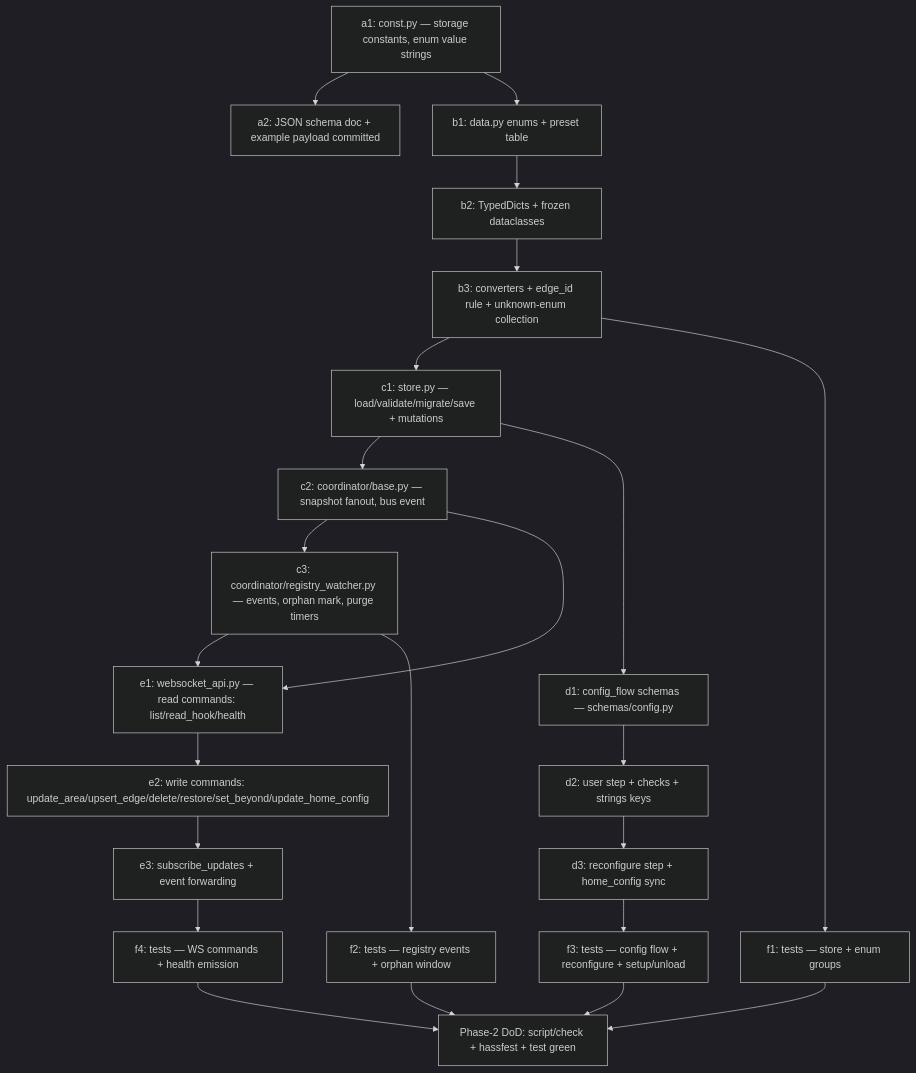
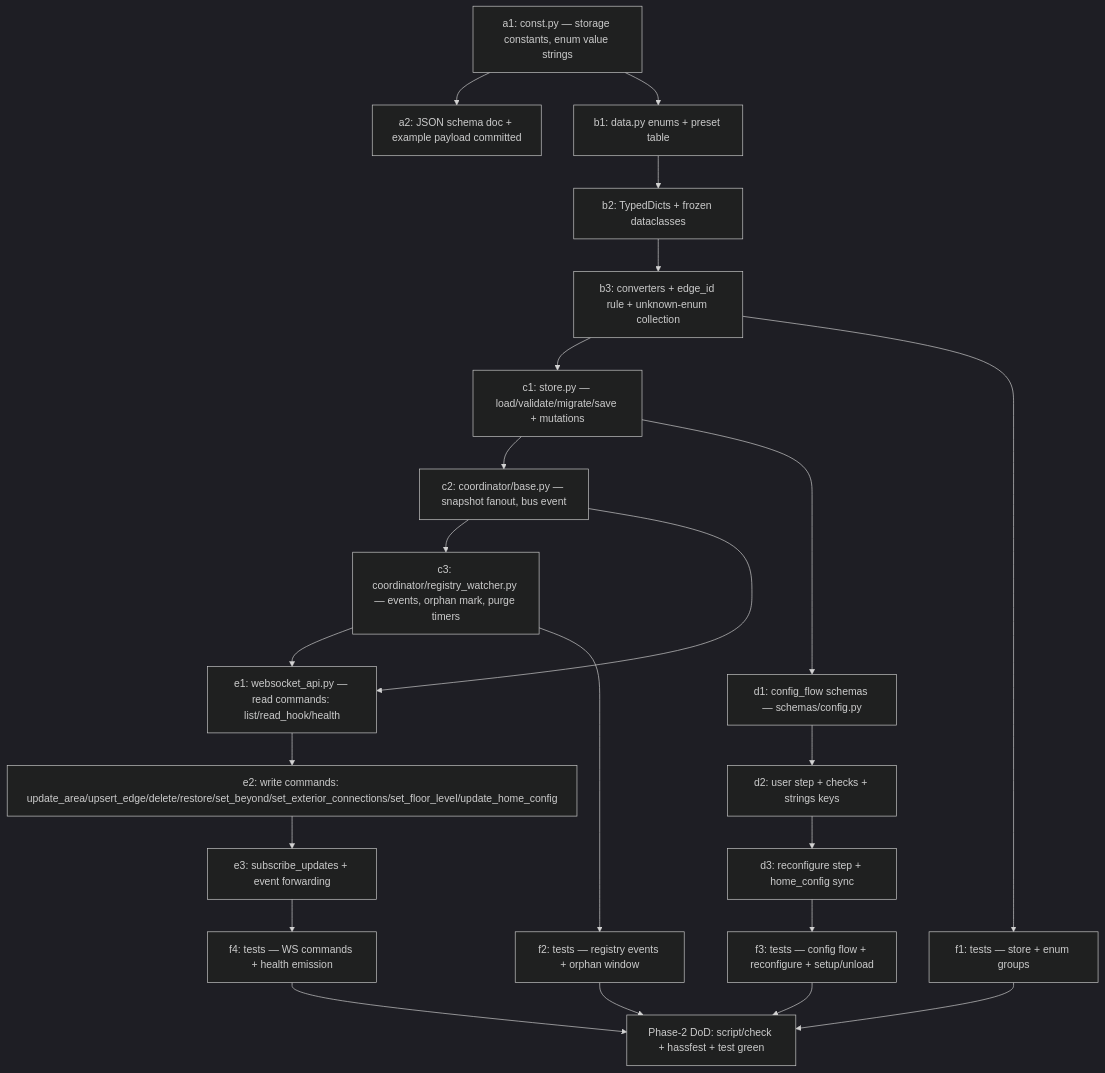
The diagram in docs/development/PLAN-topology-phase2.md (jpawlowski/hass.topology), drawn with Mermaid (dark theme) before and after one commit. The commit also changed other lines of this file and 1 other file, not shown here.

````diff
--- a/docs/development/PLAN-topology-phase2.md
+++ b/docs/development/PLAN-topology-phase2.md
@@ -1353,25 +1467,25 @@
 ```mermaid
 graph TD
     A1[a1: const.py — storage constants, enum value strings] --> A2[a2: JSON schema doc + example payload committed]
     A1 --> B1[b1: data.py enums + preset table]
     B1 --> B2[b2: TypedDicts + frozen dataclasses]
     B2 --> B3[b3: converters + edge_id rule + unknown-enum collection]
     B3 --> C1[c1: store.py — load/validate/migrate/save + mutations]
     C1 --> C2[c2: coordinator/base.py — snapshot fanout, bus event]
     C2 --> C3[c3: coordinator/registry_watcher.py — events, orphan mark, purge timers]
     C1 --> D1[d1: config_flow schemas — schemas/config.py]
     D1 --> D2[d2: user step + checks + strings keys]
     D2 --> D3[d3: reconfigure step + home_config sync]
     C2 --> E1[e1: websocket_api.py — read commands: list/read_hook/health]
     C3 --> E1
-    E1 --> E2[e2: write commands: update_area/upsert_edge/delete/restore/set_beyond/update_home_config]
+    E1 --> E2[e2: write commands: update_area/upsert_edge/delete/restore/set_beyond/set_exterior_connections/set_floor_level/update_home_config]
     E2 --> E3[e3: subscribe_updates + event forwarding]
     B3 --> F1[f1: tests — store + enum groups]
     C3 --> F2[f2: tests — registry events + orphan window]
     D3 --> F3[f3: tests — config flow + reconfigure + setup/unload]
     E3 --> F4[f4: tests — WS commands + health emission]
     F1 --> G[Phase-2 DoD: script/check + hassfest + test green]
     F2 --> G
     F3 --> G
     F4 --> G
 ```
````
